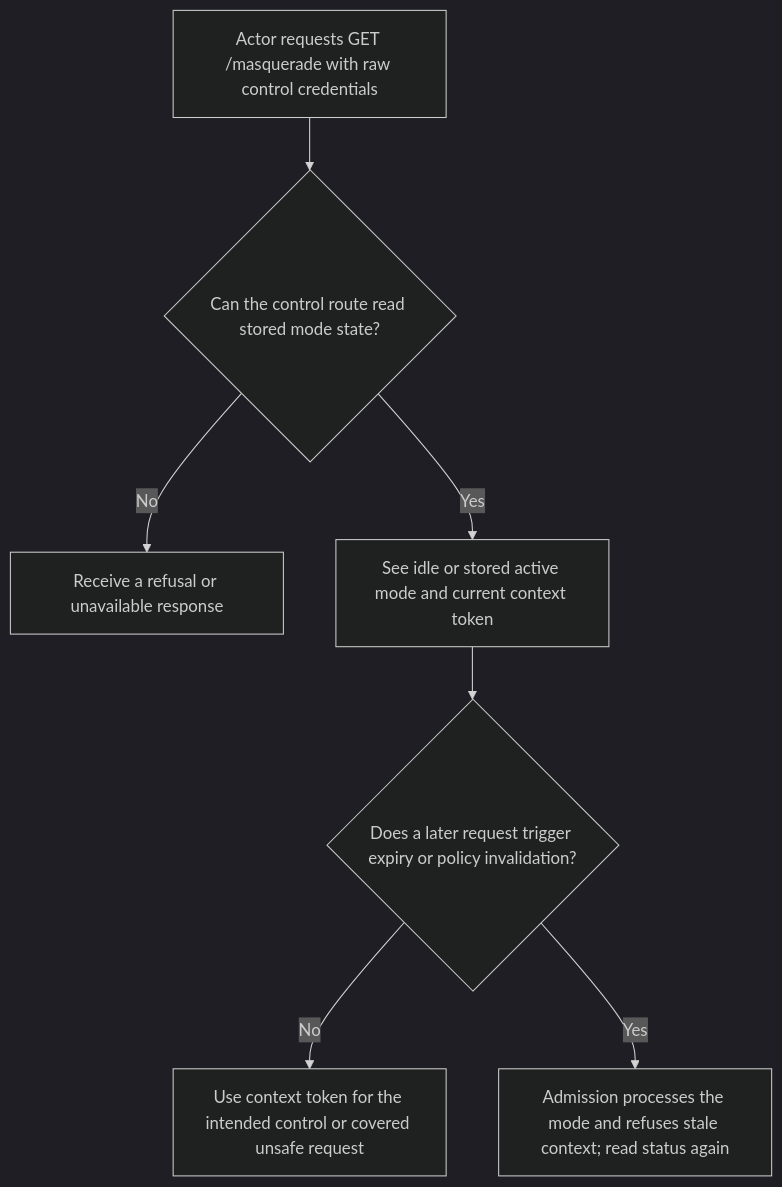
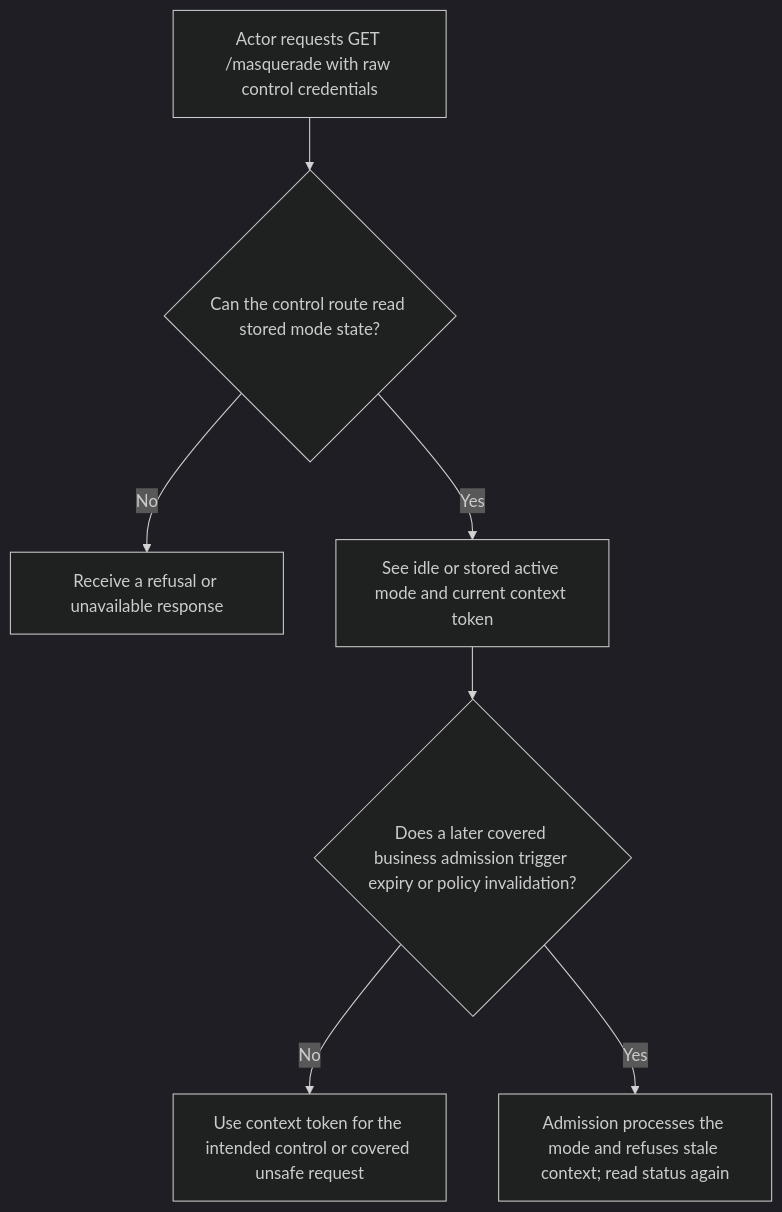
The first of 2 diagrams in user-stories/start-stop-mode/us-actor-06-read-mode-status.md (Kevinjohn/oss-adonisjs-masquerade), drawn with Mermaid (dark theme) before and after one commit. The commit also changed other lines of this file and 2 other files, not shown here.

Commit message:
docs: align guard and testing cleanup flows

````diff
--- a/user-stories/start-stop-mode/us-actor-06-read-mode-status.md
+++ b/user-stories/start-stop-mode/us-actor-06-read-mode-status.md
@@ -19,9 +19,9 @@
 ```mermaid
 flowchart TD
  A["Actor requests GET /masquerade with raw control credentials"] --> B{"Can the control route read stored mode state?"}
  B -->|No| C["Receive a refusal or unavailable response"]
  B -->|Yes| D["See idle or stored active mode and current context token"]
- D --> E{"Does a later request trigger expiry or policy invalidation?"}
+ D --> E{"Does a later covered business admission trigger expiry or policy invalidation?"}
  E -->|No| F["Use context token for the intended control or covered unsafe request"]
  E -->|Yes| G["Admission processes the mode and refuses stale context; read status again"]
 ```
````
